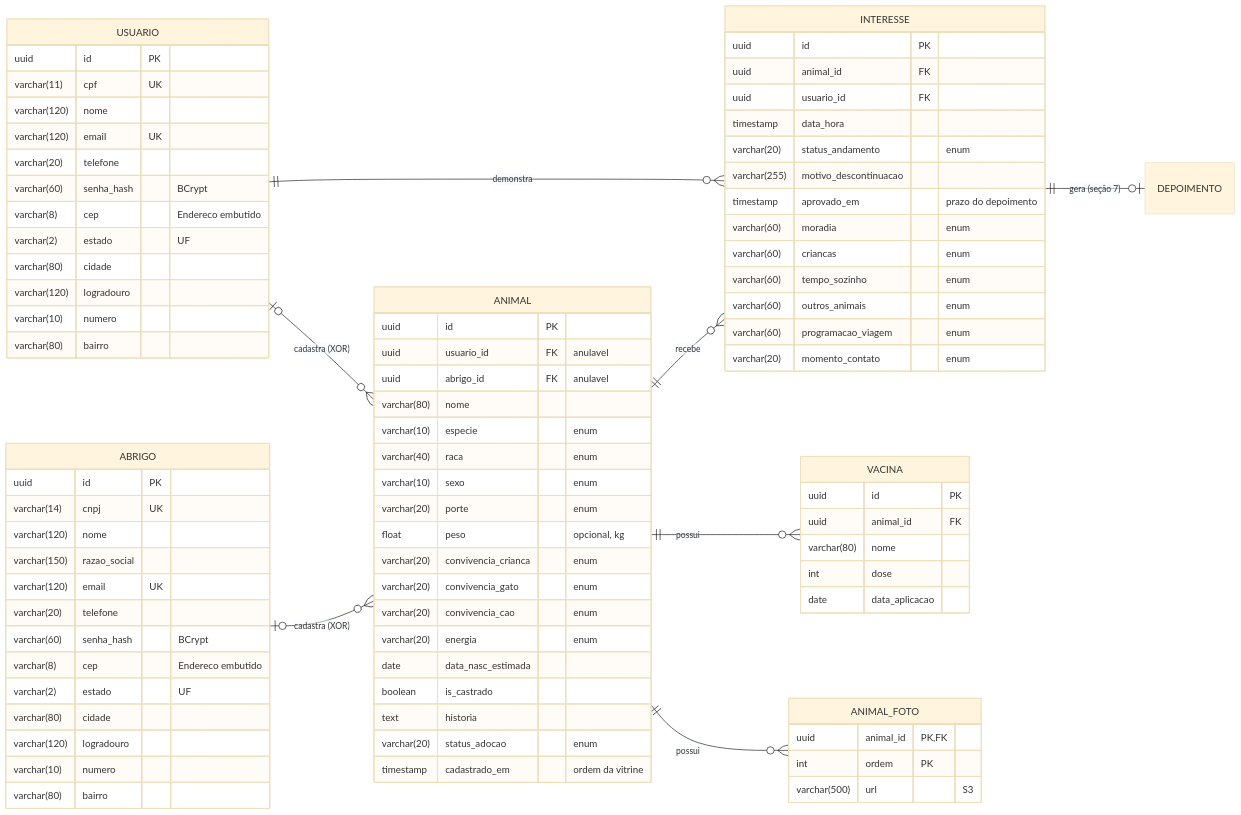
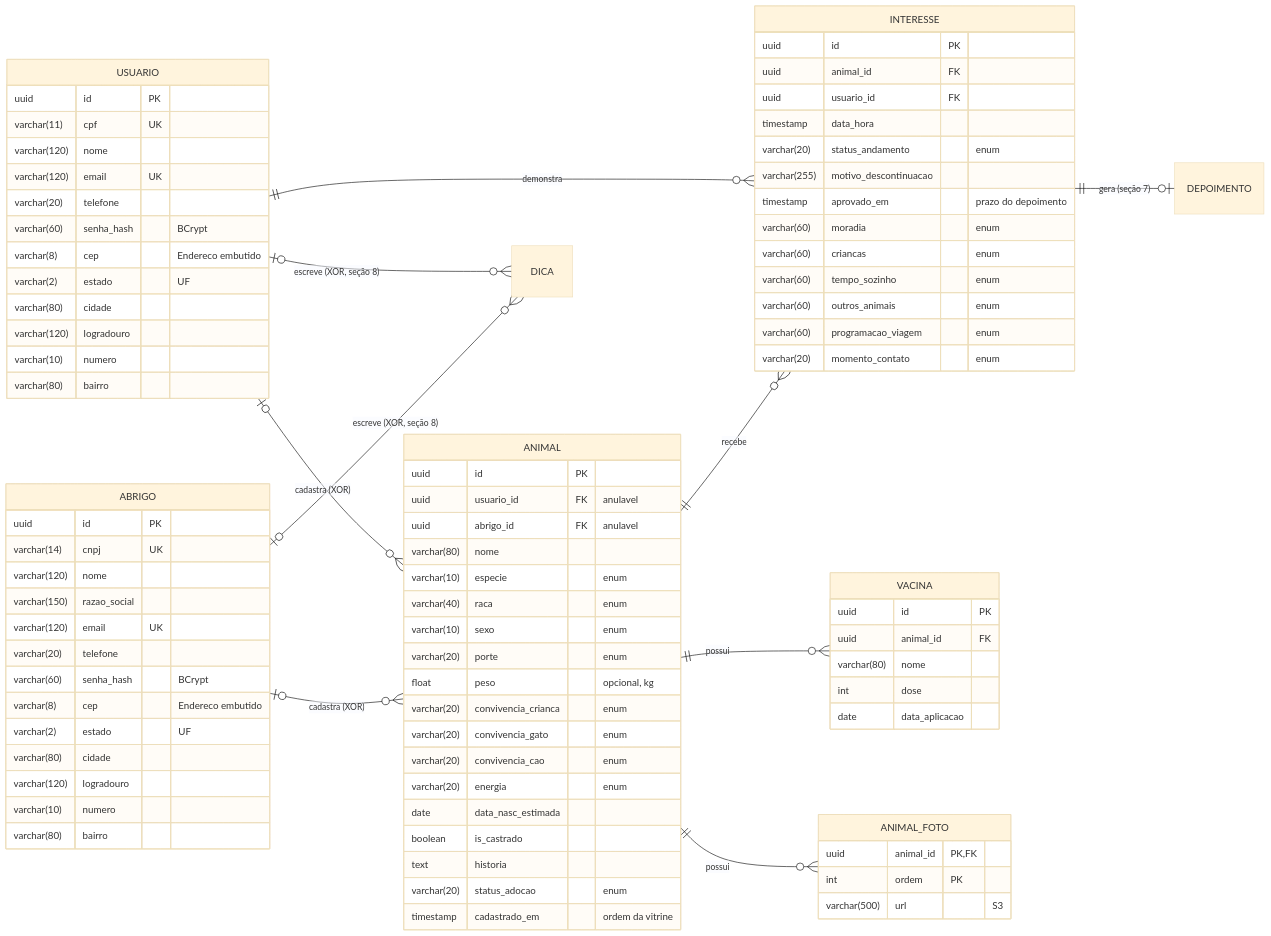
Before and after one commit to HayrineQueirozdeLima/Adota-Aqui: the first of 6 diagrams in docs/diagramas/diagramas-adota-aqui.md, drawn with Mermaid (base theme). The commit also changed other lines of this file and 36 other files, not shown here.

```diff
--- a/docs/diagramas/diagramas-adota-aqui.md
+++ b/docs/diagramas/diagramas-adota-aqui.md
@@ -89,6 +90,8 @@
     ANIMAL ||--o{ VACINA : "possui"
     ANIMAL ||--o{ ANIMAL_FOTO : "possui"
     INTERESSE ||--o| DEPOIMENTO : "gera (seção 7)"
+    USUARIO |o--o{ DICA : "escreve (XOR, seção 8)"
+    ABRIGO |o--o{ DICA : "escreve (XOR, seção 8)"
 
     USUARIO {
         uuid id PK
```
